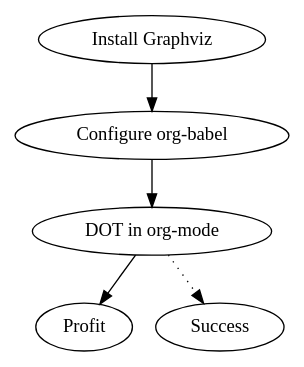
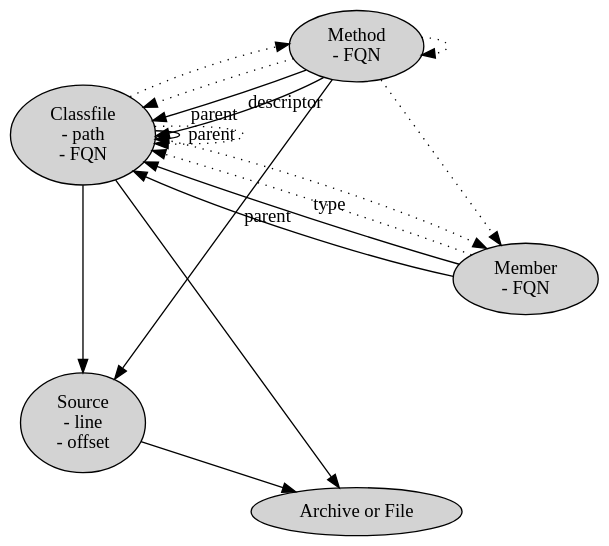
Before and after one commit to vovapolu/ensime.github.io: the diagram in talks/scalasphere17/images/graphpocalypse.dot, drawn with Graphviz. The commit also changed 3 other files, not shown here.

Commit message:
added the dot graph for the graphpocalypse

```diff
--- a/talks/scalasphere17/images/graphpocalypse.dot
+++ b/talks/scalasphere17/images/graphpocalypse.dot
@@ -1,15 +1,41 @@
-// dot -Kdot -Tpng graphpocalypse.dot > graphpocalypse.png
+// dot -Gbgcolor=transparent -Kdot -Tpng graphpocalypse.dot > graphpocalypse.png
 // #+BEGIN_SRC dot :file images/graphpocalypse.png :exports results :cmdline -Kdot -Tpng
 // #+END_SRC
 // #+RESULTS:
 
-digraph { 
-  id [label="Install Graphviz"]
-  conf [label="Configure org-babel"]
-  dot [label="DOT in org-mode"]
- 
-  id -> conf
-  conf -> dot
-  dot -> "Profit"
-  dot -> "Success" [style=dotted]
+digraph {
+
+    graph [bgcolor="transparent",layout="circo"]
+
+    file [label="Archive or File",style=filled]
+    src [label="Source\n- line\n- offset",style=filled]
+    class [label="Classfile\n- path\n- FQN",style=filled]
+    field [label="Member\n- FQN",style=filled]
+    method [label="Method\n- FQN",style=filled]
+
+    // source
+    class -> src
+    method -> src
+
+    // defined
+    class -> file
+    src -> file
+    
+    // ownership
+    method -> class [label="parent"]
+    class -> class [label="parent"]
+    field -> class [label="parent"]
+
+    method -> class [label="descriptor"]
+    field -> class [label="type"]
+    
+    // references
+    method -> field [style="dotted"]
+    method -> class [style="dotted"]
+    method -> method [style="dotted"]
+    class -> method [style="dotted"]
+    class -> field [style="dotted"]
+    class -> class [style="dotted"]
+    field -> class [style="dotted"]
+    
 }
```
